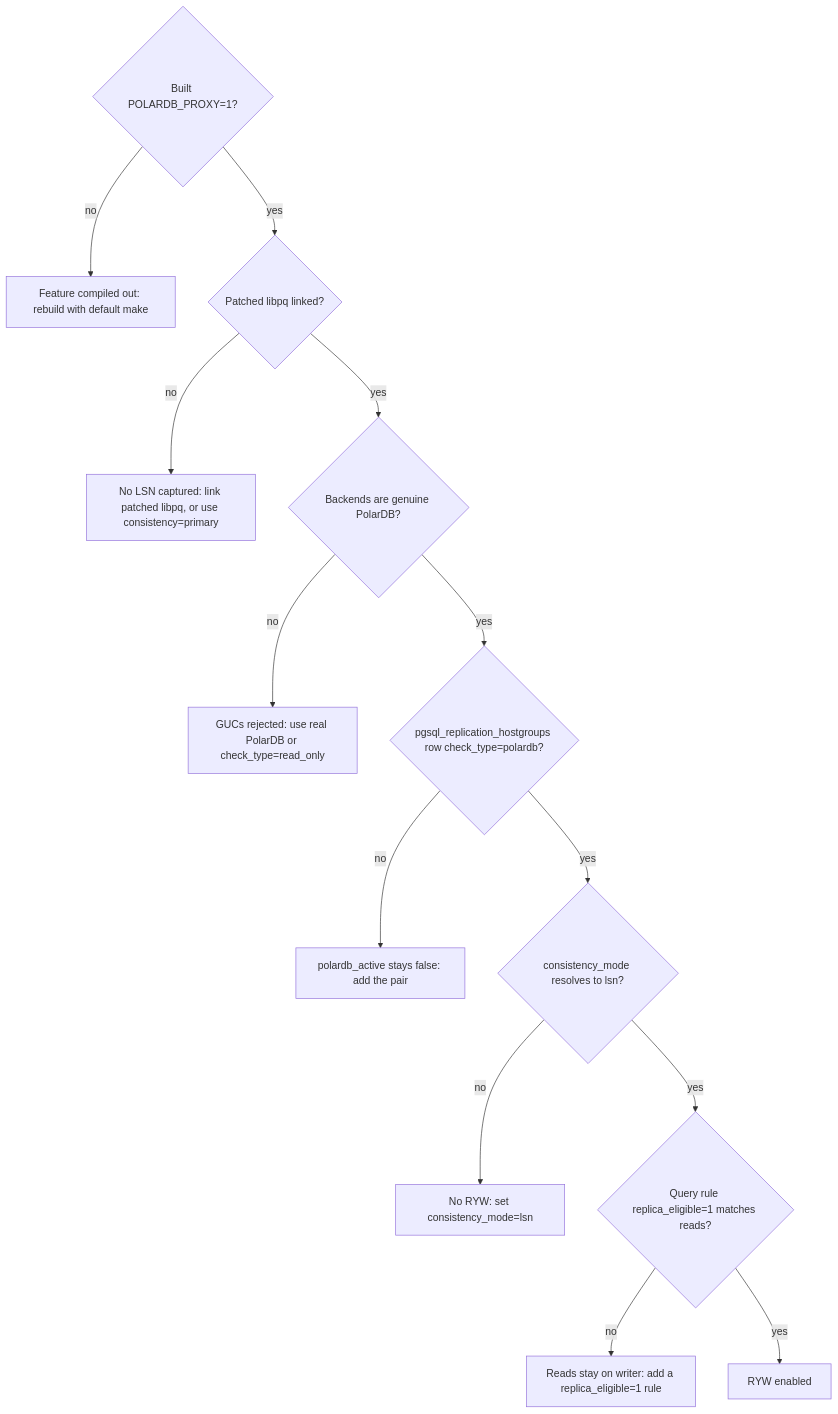
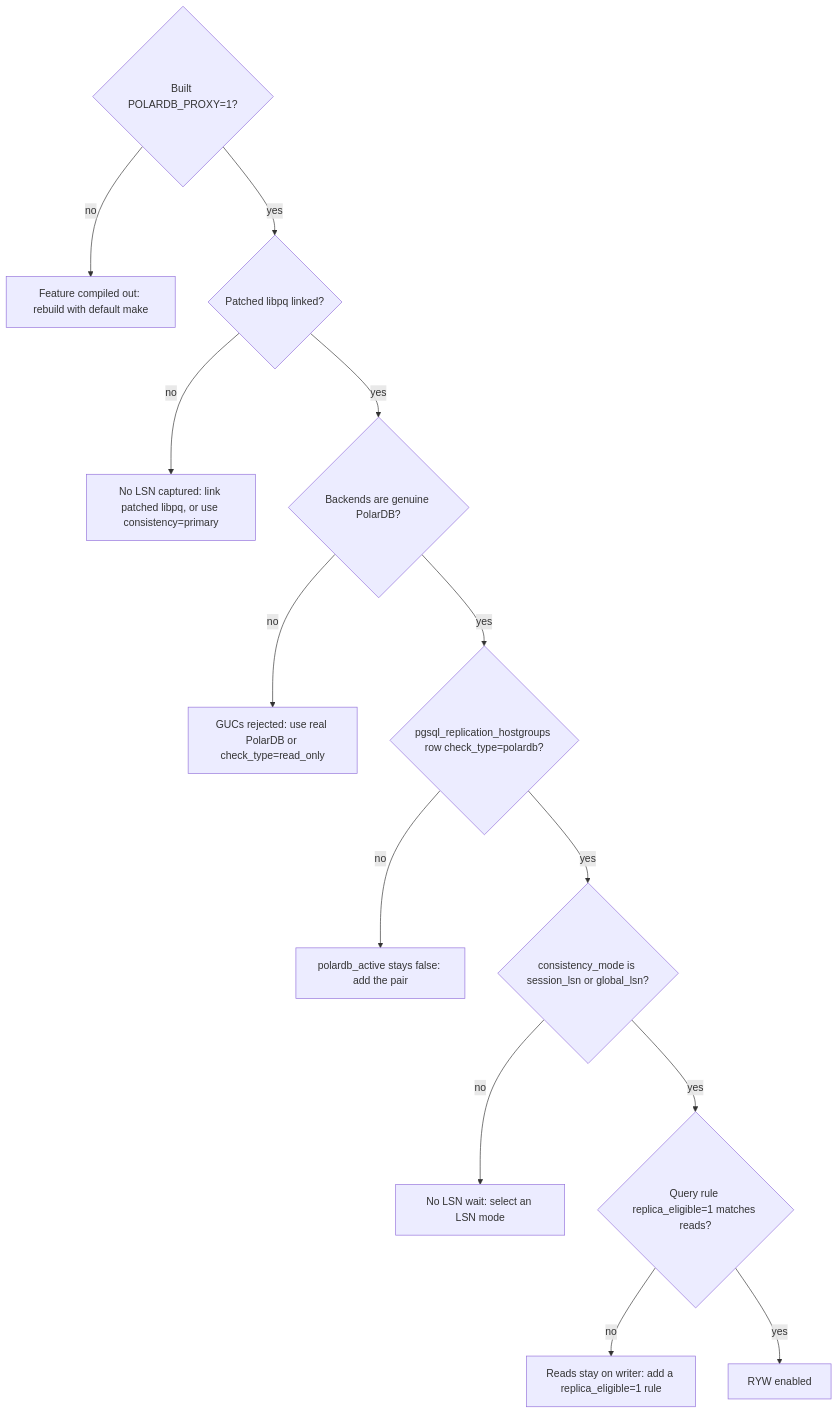
Before and after one commit to awide-labs/polar-proxy: the second of 4 diagrams in doc/polardb-arch/17-OPERATOR-GUIDE.md, drawn with Mermaid. The commit also changed other lines of this file and 29 other files, not shown here.

First line of the commit message:
docs(polardb): document v15_wait extended query flow

````diff
--- a/doc/polardb-arch/17-OPERATOR-GUIDE.md
+++ b/doc/polardb-arch/17-OPERATOR-GUIDE.md
@@ -496,15 +392,15 @@
 ```mermaid
 flowchart TD
   A{Built POLARDB_PROXY=1?} -- no --> AX[Feature compiled out: rebuild with default make]
   A -- yes --> B{Patched libpq linked?}
   B -- no --> BX[No LSN captured: link patched libpq, or use consistency=primary]
   B -- yes --> C{Backends are genuine PolarDB?}
   C -- no --> CX[GUCs rejected: use real PolarDB or check_type=read_only]
   C -- yes --> D{pgsql_replication_hostgroups row check_type=polardb?}
   D -- no --> DX[polardb_active stays false: add the pair]
-  D -- yes --> E{consistency_mode resolves to lsn?}
-  E -- no --> EX[No RYW: set consistency_mode=lsn]
+  D -- yes --> E{consistency_mode is session_lsn or global_lsn?}
+  E -- no --> EX[No LSN wait: select an LSN mode]
   E -- yes --> F{Query rule replica_eligible=1 matches reads?}
   F -- no --> FX[Reads stay on writer: add a replica_eligible=1 rule]
   F -- yes --> OK[RYW enabled]
 ```
````
